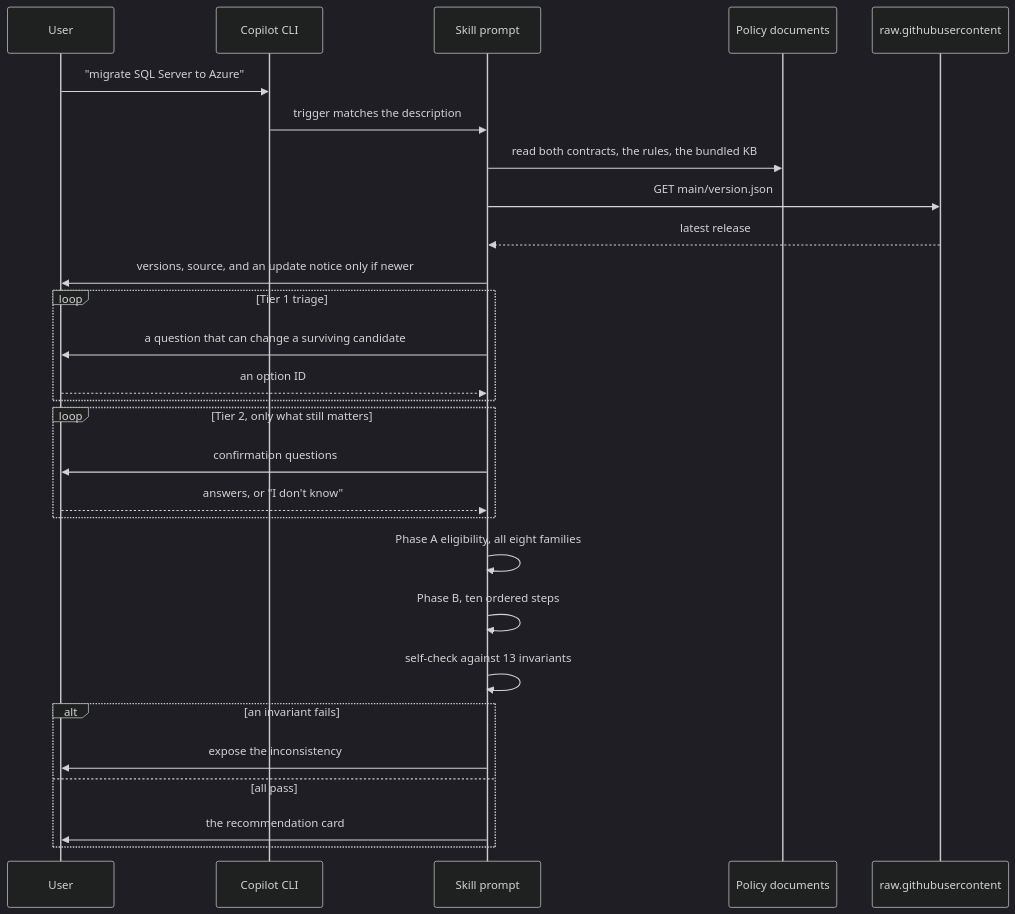
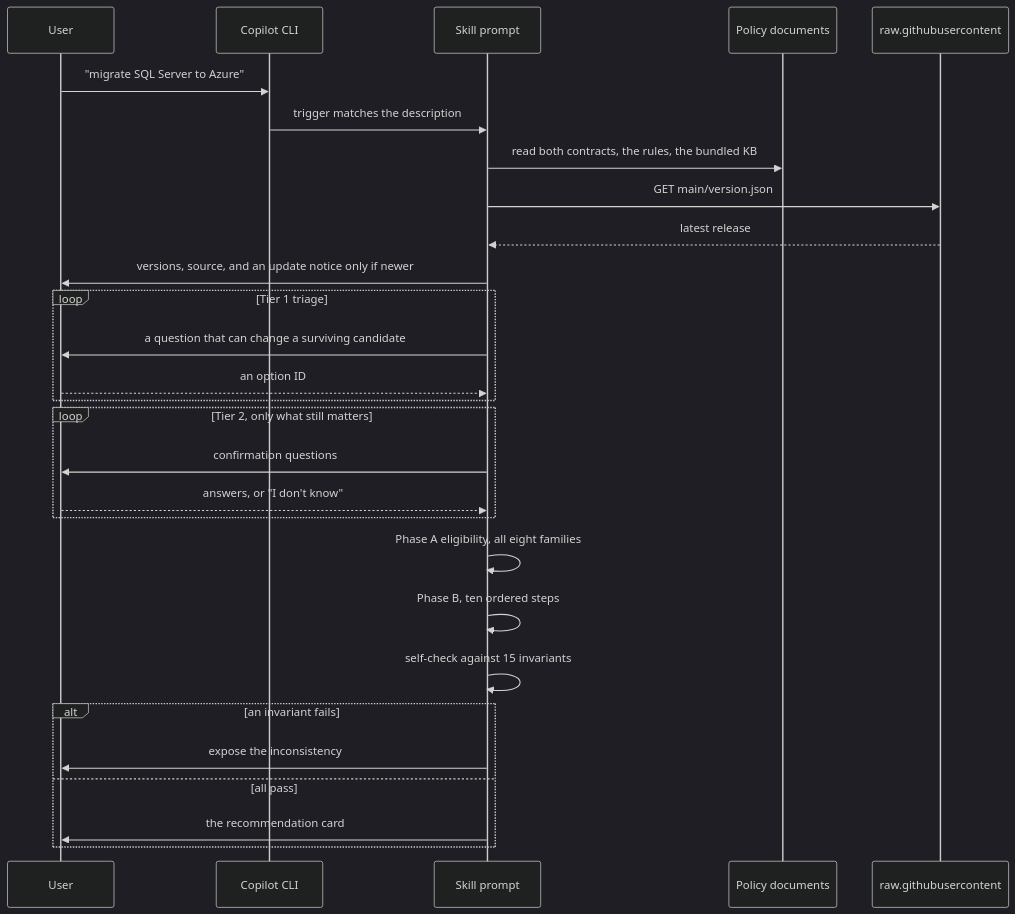
The second of 3 diagrams in docs/ARCHITECTURE.md (fredgis/sql-migration-advisor), drawn with Mermaid (dark theme) before and after one commit. The commit also changed other lines of this file and 22 other files, not shown here.

````diff
--- a/docs/ARCHITECTURE.md
+++ b/docs/ARCHITECTURE.md
@@ -100,31 +100,31 @@
 ```mermaid
 sequenceDiagram
     participant U as User
     participant C as Copilot CLI
     participant S as Skill prompt
     participant P as Policy documents
     participant N as raw.githubusercontent
 
     U->>C: "migrate SQL Server to Azure"
     C->>S: trigger matches the description
     S->>P: read both contracts, the rules, the bundled KB
     S->>N: GET main/version.json
     N-->>S: latest release
     S->>U: versions, source, and an update notice only if newer
     loop Tier 1 triage
       S->>U: a question that can change a surviving candidate
       U-->>S: an option ID
     end
     loop Tier 2, only what still matters
       S->>U: confirmation questions
       U-->>S: answers, or "I don't know"
     end
     S->>S: Phase A eligibility, all eight families
     S->>S: Phase B, ten ordered steps
-    S->>S: self-check against 13 invariants
+    S->>S: self-check against 15 invariants
     alt an invariant fails
       S->>U: expose the inconsistency
     else all pass
       S->>U: the recommendation card
     end
 ```
````
